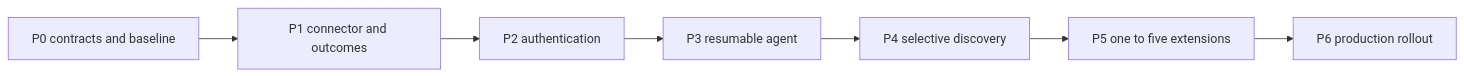
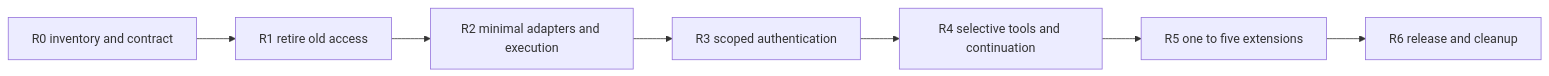
One commit to Punit-Dethe/Grain changed the second of 2 diagrams in docs/Extensions 2.0/MCP-EXTENSION-PLAN.md. Above: the diagram before and after it, drawn with Mermaid. The commit also changed other lines of this file, not shown here.

Commit message:
docs: narrow extension plan to tool-only adapters

````diff
--- a/docs/Extensions 2.0/MCP-EXTENSION-PLAN.md
+++ b/docs/Extensions 2.0/MCP-EXTENSION-PLAN.md
@@ -30,9 +137,9 @@
 ```mermaid
 flowchart LR
-    P0[P0 contracts and baseline] --> P1[P1 connector and outcomes]
-    P1 --> P2[P2 authentication]
-    P2 --> P3[P3 resumable agent]
-    P3 --> P4[P4 selective discovery]
-    P4 --> P5[P5 one to five extensions]
-    P5 --> P6[P6 production rollout]
+    R0[R0 inventory and contract] --> R1[R1 retire old access]
+    R1 --> R2[R2 minimal adapters and execution]
+    R2 --> R3[R3 scoped authentication]
+    R3 --> R4[R4 selective tools and continuation]
+    R4 --> R5[R5 one to five extensions]
+    R5 --> R6[R6 release and cleanup]
 ```
````
